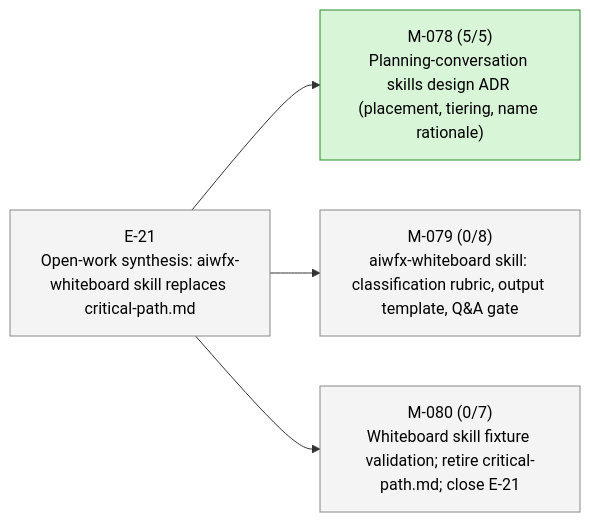
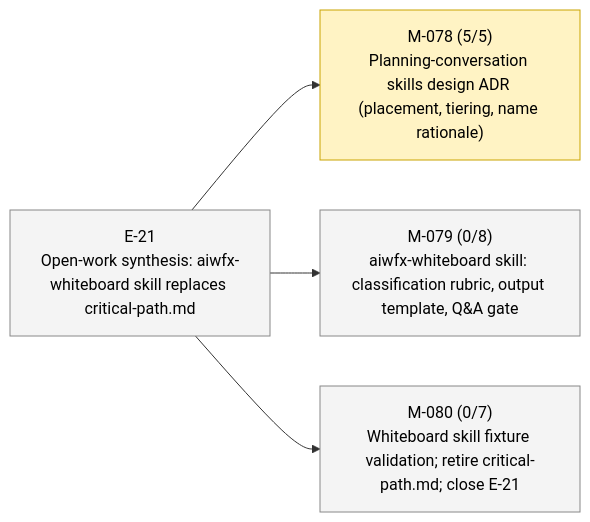
One commit to 23min/aiwf changed the second of 2 diagrams in STATUS.md. Above: the diagram before and after it, drawn with Mermaid. The commit also changed other lines of this file and 1 other file, not shown here.

First line of the commit message:
aiwf promote M-078 done -> in_progress

````diff
--- a/STATUS.md
+++ b/STATUS.md
@@ -47,16 +47,16 @@
 ```mermaid
 flowchart LR
   E_21["E-21<br/>Open-work synthesis: aiwfx-whiteboard skill replaces critical-path.md"]:::epic_proposed
-  M_078["M-078 (5/5)<br/>Planning-conversation skills design ADR (placement, tiering, name rationale)"]:::ms_done
+  M_078["M-078 (5/5)<br/>Planning-conversation skills design ADR (placement, tiering, name rationale)"]:::ms_in_progress
   E_21 --> M_078
   M_079["M-079 (0/8)<br/>aiwfx-whiteboard skill: classification rubric, output template, Q&A gate"]:::ms_draft
   E_21 --> M_079
   M_080["M-080 (0/7)<br/>Whiteboard skill fixture validation; retire critical-path.md; close E-21"]:::ms_draft
   E_21 --> M_080
   classDef epic_active fill:#d6eaff,stroke:#1a73e8,color:#000
   classDef epic_proposed fill:#f4f4f4,stroke:#888,color:#000
   classDef ms_done fill:#d8f5d8,stroke:#2a8a2a,color:#000
   classDef ms_in_progress fill:#fff3c4,stroke:#caa400,color:#000
   classDef ms_draft fill:#f4f4f4,stroke:#888,color:#000
   classDef ms_cancelled fill:#fbeaea,stroke:#c33,color:#000
 ```
````
